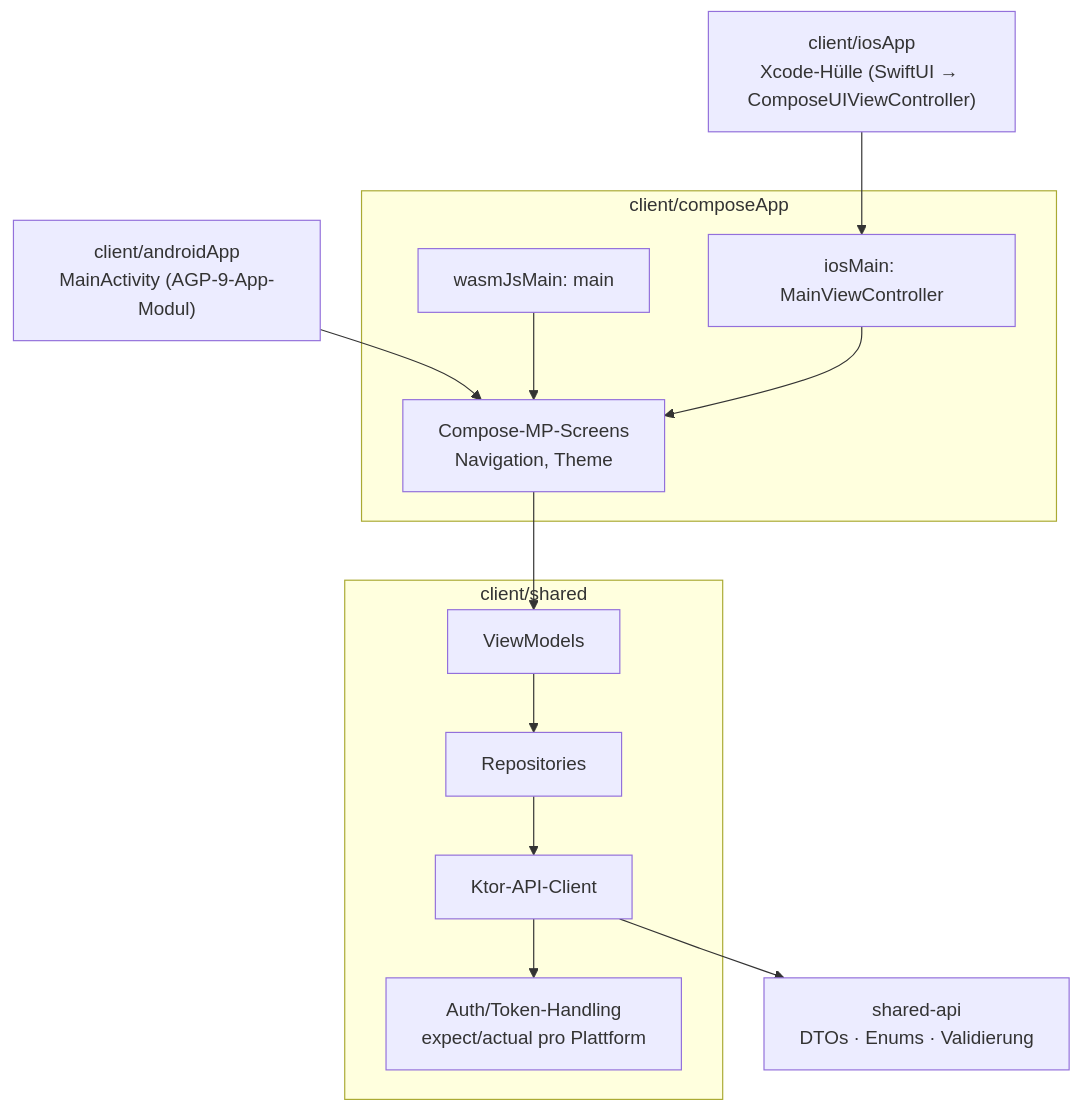
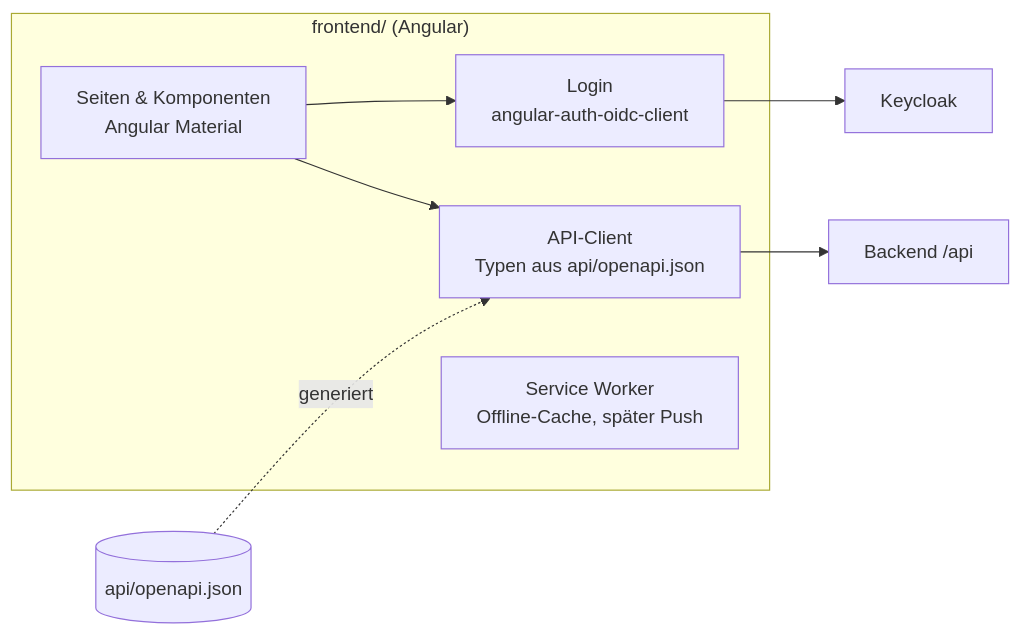
Before and after one commit to tlandsberger/judo-portal: the second of 2 diagrams in docs/ARCHITECTURE.md, drawn with Mermaid. The commit also changed other lines of this file and 43 other files, not shown here.

First line of the commit message:
Switch client strategy to Angular PWA with OpenAPI contract

````diff
--- a/docs/ARCHITECTURE.md
+++ b/docs/ARCHITECTURE.md
@@ -108,23 +105,13 @@
 ```mermaid
-flowchart TB
-    subgraph composeApp["client/composeApp"]
-        UI[Compose-MP-Screens<br/>Navigation, Theme]
-        EW[wasmJsMain: main]
-        EI[iosMain: MainViewController]
+flowchart LR
+    subgraph PWA["frontend/ (Angular)"]
+        UI[Seiten & Komponenten<br/>Angular Material]
+        AUTH[Login<br/>angular-auth-oidc-client]
+        API[API-Client<br/>Typen aus api/openapi.json]
+        SW[Service Worker<br/>Offline-Cache, später Push]
     end
-    EA["client/androidApp<br/>MainActivity (AGP-9-App-Modul)"]
-    iOS["client/iosApp<br/>Xcode-Hülle (SwiftUI → ComposeUIViewController)"]
-    subgraph shared["client/shared"]
-        VM[ViewModels]
-        REPO[Repositories]
-        API[Ktor-API-Client]
-        AUTH[Auth/Token-Handling<br/>expect/actual pro Plattform]
-    end
-    SA["shared-api<br/>DTOs · Enums · Validierung"]
-
-    UI --> VM --> REPO --> API --> SA
-    API --> AUTH
-    EA --> UI
-    EW --> UI
-    iOS --> EI --> UI
+    C[(api/openapi.json)]
+    UI --> API --> B[Backend /api]
+    UI --> AUTH --> K[Keycloak]
+    C -. generiert .-> API
 ```
````
